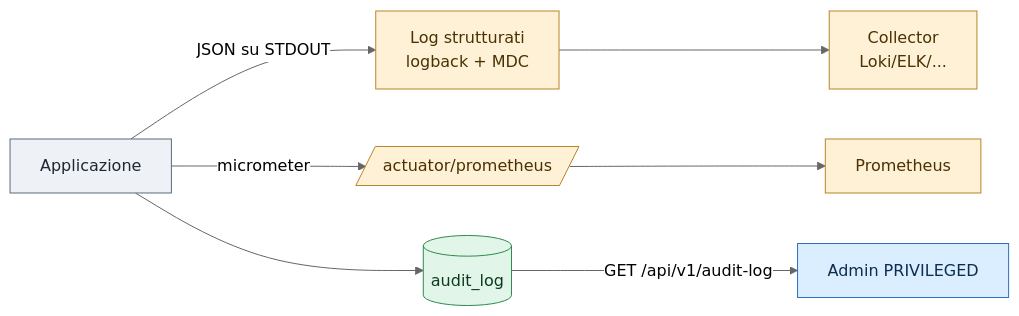
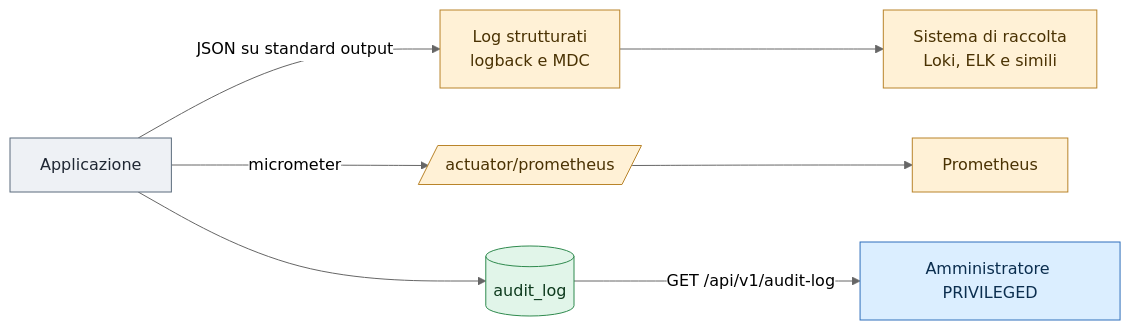
One commit to toresoft/sign-verify changed the first of 2 diagrams in docs/it/07-log-audit.md. Above: the diagram before and after it, drawn with Mermaid (neutral theme). The commit also changed other lines of this file and 14 other files, not shown here.

````diff
--- a/docs/it/07-log-audit.md
+++ b/docs/it/07-log-audit.md
@@ -9,18 +9,18 @@
 ```mermaid
 flowchart LR
-    APP[Applicazione] -->|JSON su STDOUT| LOG[Log strutturati\nlogback + MDC]
+    APP[Applicazione] -->|JSON su standard output| LOG["Log strutturati\nlogback e MDC"]
     APP -->|micrometer| MET[/actuator/prometheus/]
     APP --> DB[(audit_log)]
-    DB -->|GET /api/v1/audit-log| ADM[Admin PRIVILEGED]
-    LOG --> COLL[Collector\nLoki/ELK/...]
+    DB -->|GET /api/v1/audit-log| ADM["Amministratore PRIVILEGED"]
+    LOG --> COLL["Sistema di raccolta\nLoki, ELK e simili"]
     MET --> PROM[Prometheus]
 
     classDef app fill:#eef1f5,stroke:#5b6b7c,color:#1f2733
     classDef store fill:#e1f5e9,stroke:#2f8a4e,color:#0d3a1d
     classDef client fill:#dbeeff,stroke:#2f6fbb,color:#0b2e4f
     classDef external fill:#fff1d6,stroke:#b9842a,color:#4a3203
     class APP app
     class DB store
     class ADM client
     class LOG,MET,COLL,PROM external
 ```
````
